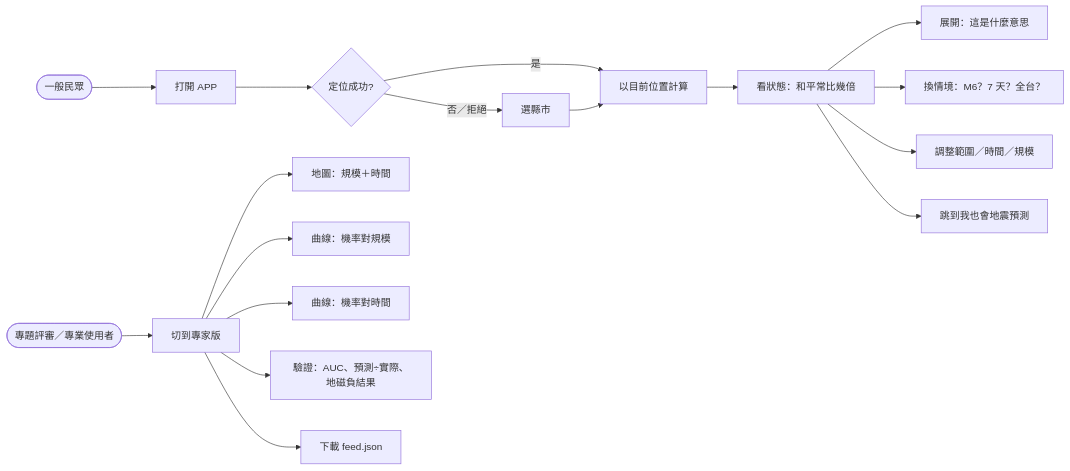
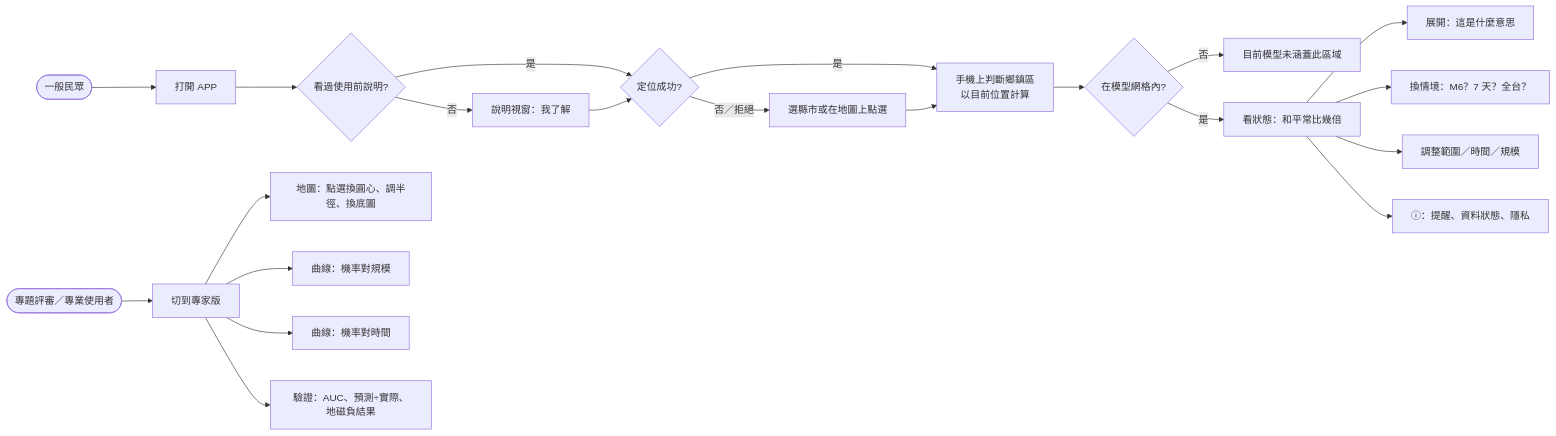
Before and after one commit to Azazelowo/earthquake-risk-app: the first of 2 diagrams in docs/DESIGN.md, drawn with Mermaid. The commit also changed other lines of this file and 41 other files, not shown here.

````diff
--- a/docs/DESIGN.md
+++ b/docs/DESIGN.md
@@ -34,20 +40,24 @@
 ```mermaid
 flowchart LR
   P([一般民眾]) --> A[打開 APP]
-  A --> B{定位成功?}
-  B -- 是 --> C[以目前位置計算]
-  B -- 否／拒絕 --> D[選縣市]
+  A --> A0{看過使用前說明?}
+  A0 -- 否 --> A1[說明視窗：我了解]
+  A0 -- 是 --> B
+  A1 --> B{定位成功?}
+  B -- 是 --> C[手機上判斷鄉鎮區<br>以目前位置計算]
+  B -- 否／拒絕 --> D[選縣市或在地圖上點選]
   D --> C
-  C --> E[看狀態：和平常比幾倍]
+  C --> C1{在模型網格內?}
+  C1 -- 否 --> C2[目前模型未涵蓋此區域]
+  C1 -- 是 --> E[看狀態：和平常比幾倍]
   E --> F[展開：這是什麼意思]
   E --> G[換情境：M6？7 天？全台？]
   E --> H[調整範圍／時間／規模]
-  E --> I[跳到我也會地震預測]
+  E --> I0[ⓘ：提醒、資料狀態、隱私]
 
   X([專題評審／專業使用者]) --> J[切到專家版]
-  J --> K[地圖：規模＋時間]
+  J --> K[地圖：點選換圓心、調半徑、換底圖]
   J --> L[曲線：機率對規模]
   J --> M[曲線：機率對時間]
   J --> N[驗證：AUC、預測÷實際、地磁負結果]
-  J --> O[下載 feed.json]
 ```
````
